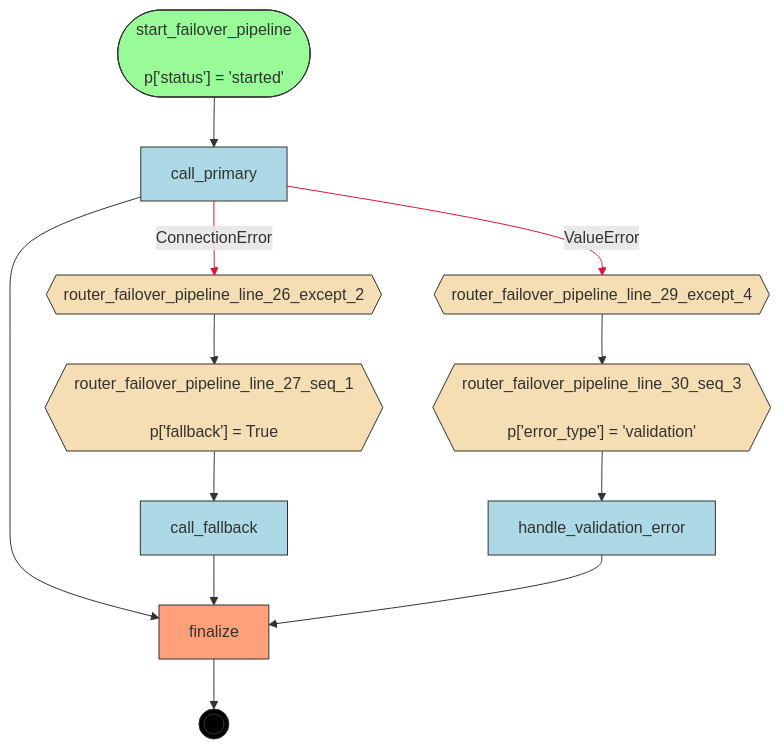
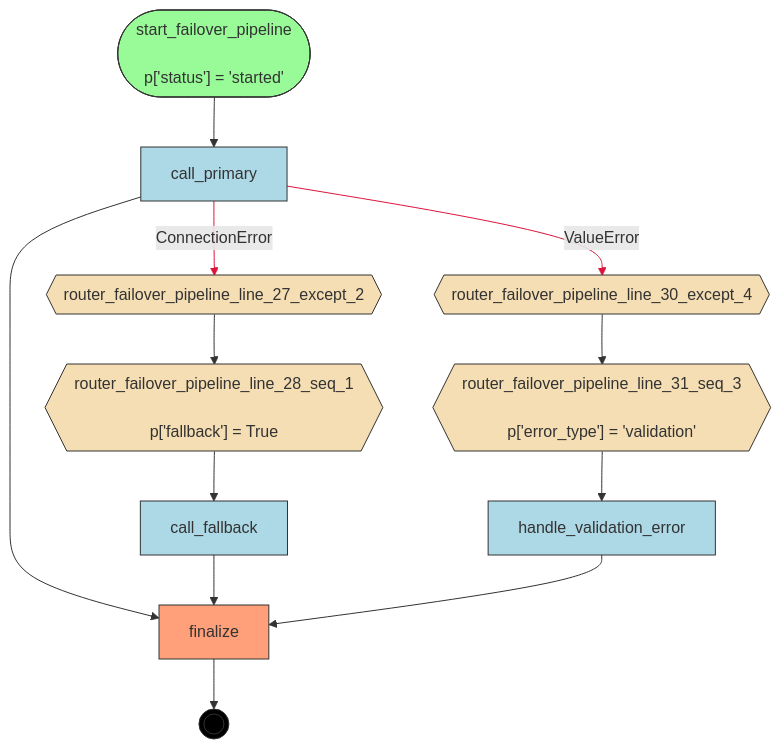
Before and after one commit to deliveryhero/asya: the diagram in examples/flows/compiled/resiliency_error_routing/flow.mmd, drawn with Mermaid. The commit also changed 45 other files, not shown here.

```diff
--- a/examples/flows/compiled/resiliency_error_routing/flow.mmd
+++ b/examples/flows/compiled/resiliency_error_routing/flow.mmd
@@ -1,37 +1,37 @@
 flowchart TD
     %% Flow: failover_pipeline
 
     call_fallback[call_fallback]
     call_primary[call_primary]
     finalize[finalize]
     handle_validation_error[handle_validation_error]
-    router_failover_pipeline_line_26_except_2{{router_failover_pipeline_line_26_except_2}}
-    router_failover_pipeline_line_27_seq_1{{"router_failover_pipeline_line_27_seq_1<br/><br/>p['fallback'] = True"}}
-    router_failover_pipeline_line_29_except_4{{router_failover_pipeline_line_29_except_4}}
-    router_failover_pipeline_line_30_seq_3{{"router_failover_pipeline_line_30_seq_3<br/><br/>p['error_type'] = 'validation'"}}
+    router_failover_pipeline_line_27_except_2{{router_failover_pipeline_line_27_except_2}}
+    router_failover_pipeline_line_28_seq_1{{"router_failover_pipeline_line_28_seq_1<br/><br/>p['fallback'] = True"}}
+    router_failover_pipeline_line_30_except_4{{router_failover_pipeline_line_30_except_4}}
+    router_failover_pipeline_line_31_seq_3{{"router_failover_pipeline_line_31_seq_3<br/><br/>p['error_type'] = 'validation'"}}
     start_failover_pipeline(["start_failover_pipeline<br/><br/>p['status'] = 'started'"])
     __end__((( )))
 
     start_failover_pipeline --> call_primary
     call_primary --> finalize
-    router_failover_pipeline_line_27_seq_1 --> call_fallback
-    router_failover_pipeline_line_26_except_2 --> router_failover_pipeline_line_27_seq_1
-    router_failover_pipeline_line_30_seq_3 --> handle_validation_error
-    router_failover_pipeline_line_29_except_4 --> router_failover_pipeline_line_30_seq_3
-    call_primary -->|"ConnectionError"| router_failover_pipeline_line_26_except_2
-    call_primary -->|"ValueError"| router_failover_pipeline_line_29_except_4
+    router_failover_pipeline_line_28_seq_1 --> call_fallback
+    router_failover_pipeline_line_27_except_2 --> router_failover_pipeline_line_28_seq_1
+    router_failover_pipeline_line_31_seq_3 --> handle_validation_error
+    router_failover_pipeline_line_30_except_4 --> router_failover_pipeline_line_31_seq_3
+    call_primary -->|"ConnectionError"| router_failover_pipeline_line_27_except_2
+    call_primary -->|"ValueError"| router_failover_pipeline_line_30_except_4
     call_fallback --> finalize
     handle_validation_error --> finalize
     finalize --> __end__
 
     classDef start fill:#98FB98,stroke:#333
     classDef endnode fill:#FFA07A,stroke:#333
     classDef router fill:#F5DEB3,stroke:#333
     classDef handler fill:#ADD8E6,stroke:#333
     classDef endpoint fill:#000,stroke:#333,color:#fff
     class start_failover_pipeline start
     class finalize endnode
-    class router_failover_pipeline_line_26_except_2,router_failover_pipeline_line_27_seq_1,router_failover_pipeline_line_29_except_4,router_failover_pipeline_line_30_seq_3 router
+    class router_failover_pipeline_line_27_except_2,router_failover_pipeline_line_28_seq_1,router_failover_pipeline_line_30_except_4,router_failover_pipeline_line_31_seq_3 router
     class call_fallback,call_primary,handle_validation_error handler
     class __end__ endpoint
     linkStyle 6,7 stroke:#DC143C
```
